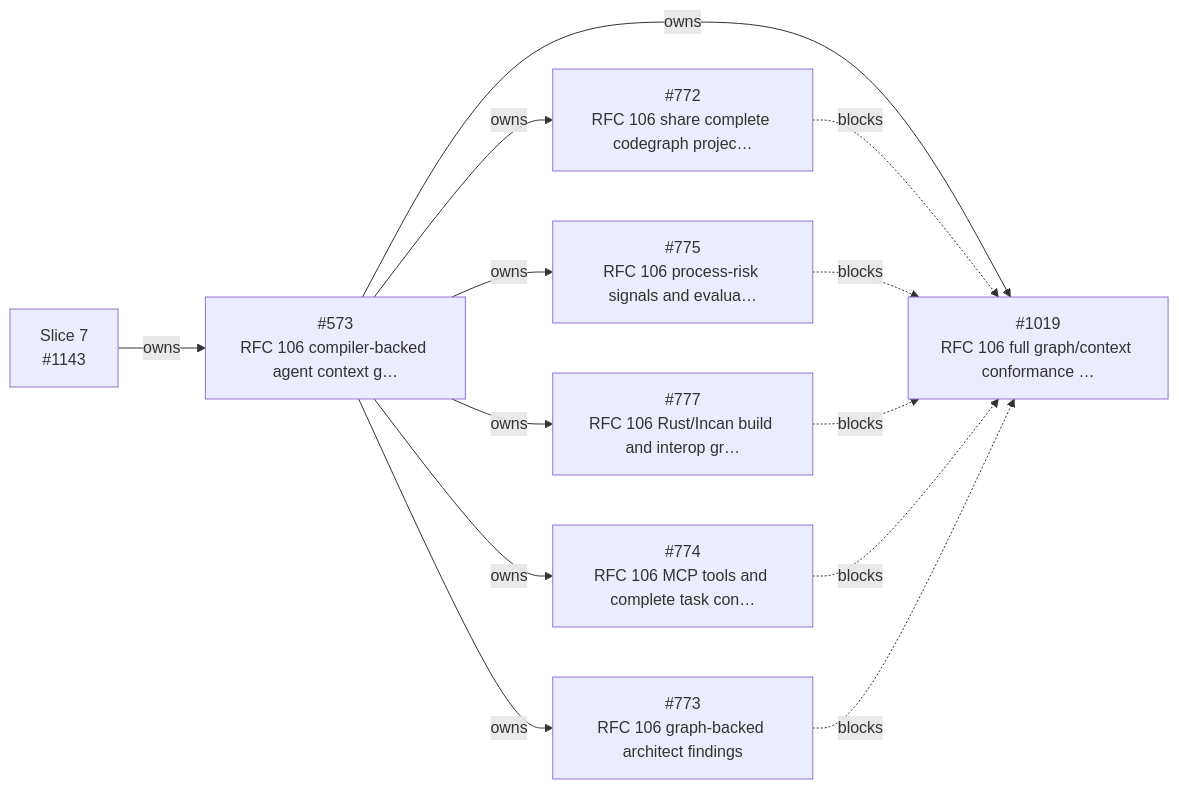
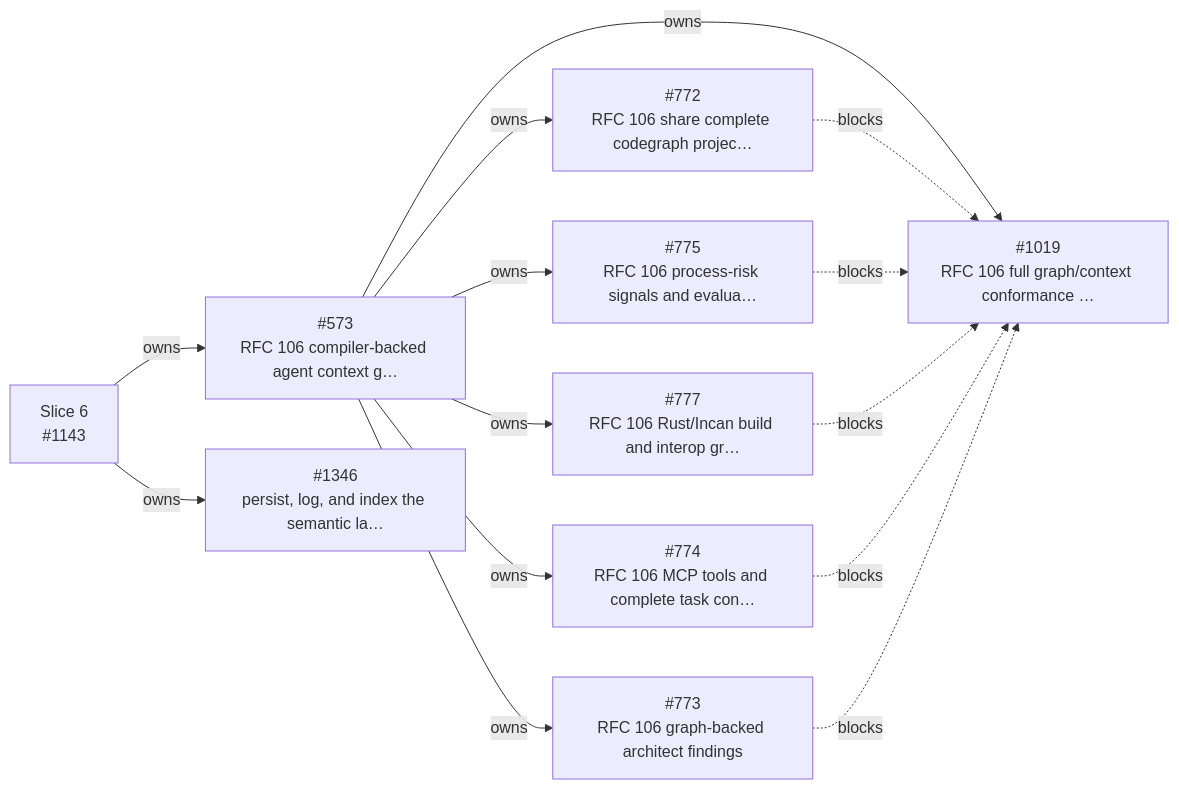
Before and after one commit to dannys-code-corner/incan: the sixth of 9 diagrams in workspaces/docs-site/docs/_snippets/project/v0_6_roadmap.md, drawn with Mermaid. The commit also changed other lines of this file and 3 other files, not shown here.

````diff
--- a/workspaces/docs-site/docs/_snippets/project/v0_6_roadmap.md
+++ b/workspaces/docs-site/docs/_snippets/project/v0_6_roadmap.md
@@ -474,31 +457,34 @@
 ```mermaid
 flowchart LR
   i573["#573<br/>RFC 106 compiler-backed agent context g…"]
   i772["#772<br/>RFC 106 share complete codegraph projec…"]
   i773["#773<br/>RFC 106 graph-backed architect findings"]
   i774["#774<br/>RFC 106 MCP tools and complete task con…"]
   i775["#775<br/>RFC 106 process-risk signals and evalua…"]
   i777["#777<br/>RFC 106 Rust/Incan build and interop gr…"]
   i1019["#1019<br/>RFC 106 full graph/context conformance …"]
-  s1143["Slice 7<br/>#1143"]
+  s1143["Slice 6<br/>#1143"]
+  i1346["#1346<br/>persist, log, and index the semantic la…"]
   s1143 -- owns --> i573
   i573 -- owns --> i772
   i573 -- owns --> i773
   i573 -- owns --> i774
   i573 -- owns --> i775
   i573 -- owns --> i777
   i573 -- owns --> i1019
+  s1143 -- owns --> i1346
   i772 -. blocks .-> i1019
   i775 -. blocks .-> i1019
   i777 -. blocks .-> i1019
   i774 -. blocks .-> i1019
   i773 -. blocks .-> i1019
   click i573 href "https://github.com/encero-systems/incan/issues/573" "Open #573 on GitHub"
   click i772 href "https://github.com/encero-systems/incan/issues/772" "Open #772 on GitHub"
   click i773 href "https://github.com/encero-systems/incan/issues/773" "Open #773 on GitHub"
   click i774 href "https://github.com/encero-systems/incan/issues/774" "Open #774 on GitHub"
   click i775 href "https://github.com/encero-systems/incan/issues/775" "Open #775 on GitHub"
   click i777 href "https://github.com/encero-systems/incan/issues/777" "Open #777 on GitHub"
   click i1019 href "https://github.com/encero-systems/incan/issues/1019" "Open #1019 on GitHub"
   click s1143 href "https://github.com/encero-systems/incan/issues/1143" "Open #1143 on GitHub"
+  click i1346 href "https://github.com/encero-systems/incan/issues/1346" "Open #1346 on GitHub"
 ```
````
